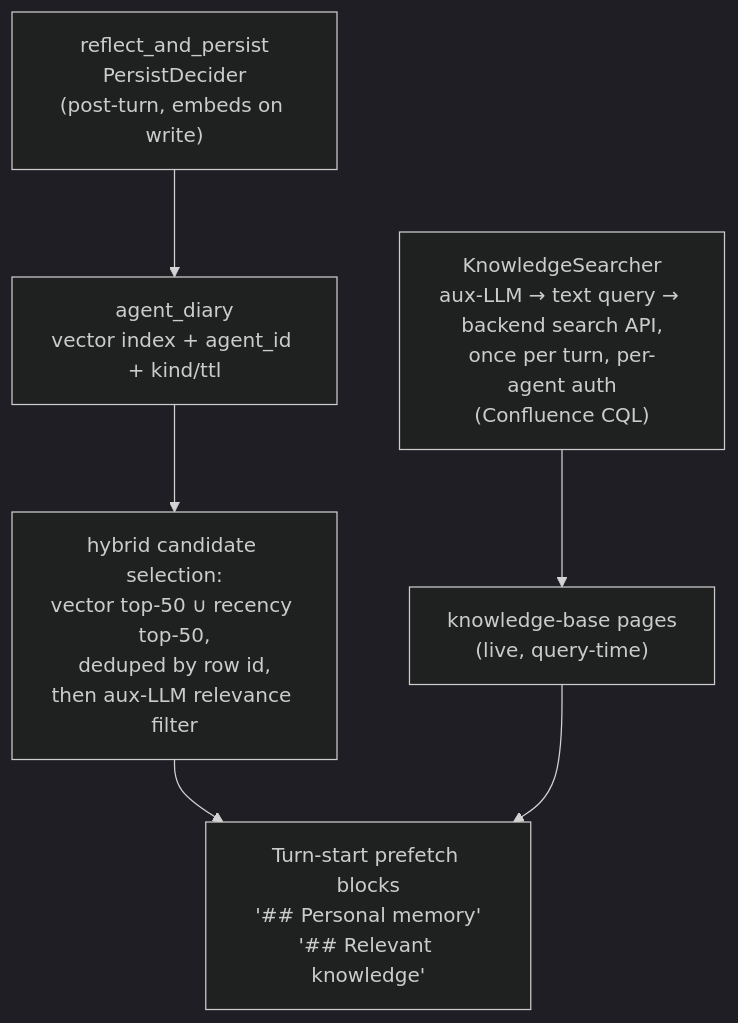
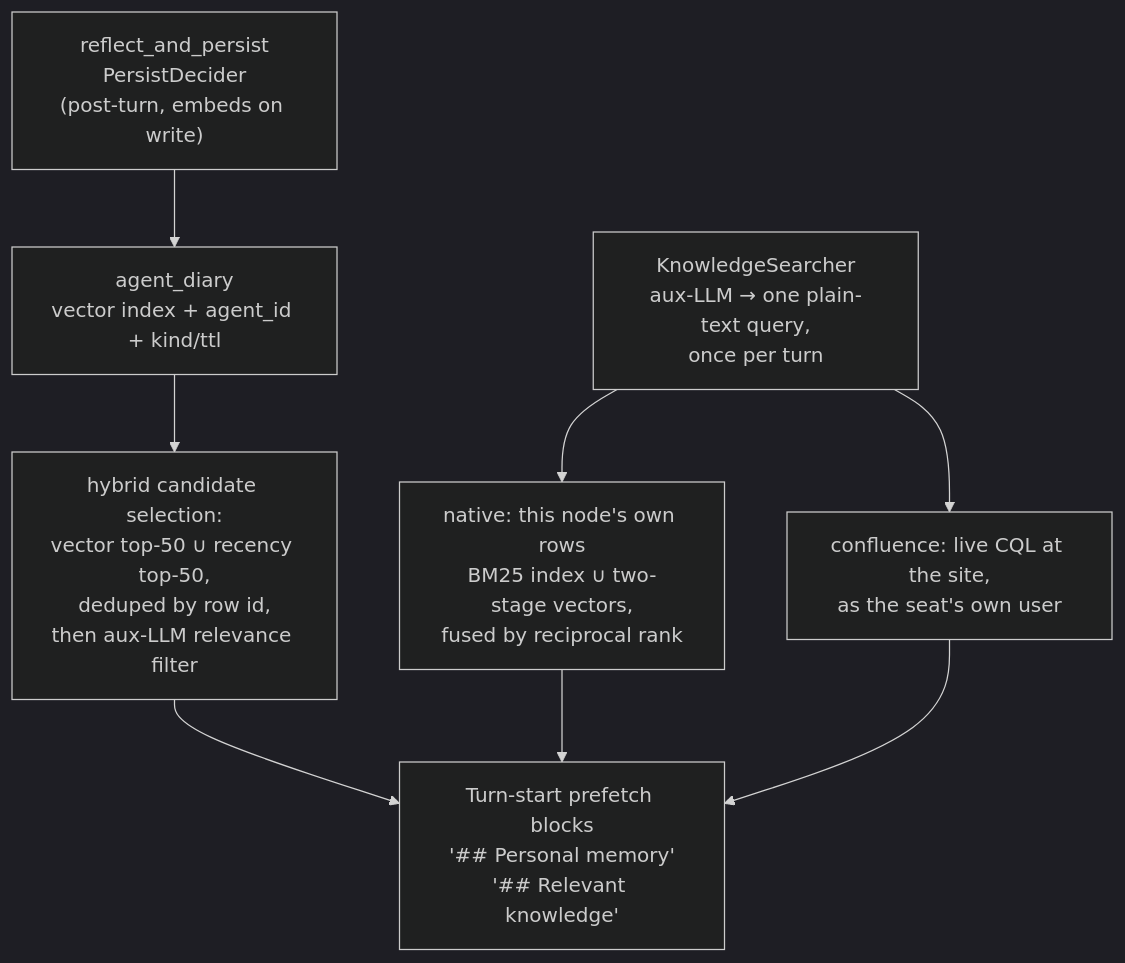
One commit to crewlet/crewlet changed the diagram in docs/concepts/knowledge-system.md. Above: the diagram before and after it, drawn with Mermaid (dark theme). The commit also changed other lines of this file and 10 other files, not shown here.

````diff
--- a/docs/concepts/knowledge-system.md
+++ b/docs/concepts/knowledge-system.md
@@ -205,11 +244,13 @@
 ```mermaid
 flowchart TD
     RP["reflect_and_persist<br/>PersistDecider<br/>(post-turn, embeds on write)"]
     DIARY["agent_diary<br/>vector index + agent_id + kind/ttl"]
     SEL["hybrid candidate selection:<br/>vector top-50 ∪ recency top-50,<br/>deduped by row id,<br/>then aux-LLM relevance filter"]
     PROMPT["Turn-start prefetch blocks<br/>'## Personal memory'<br/>'## Relevant knowledge'"]
-    KB["knowledge-base pages<br/>(live, query-time)"]
-    KS["KnowledgeSearcher<br/>aux-LLM → text query → backend search API,<br/>once per turn, per-agent auth<br/>(Confluence CQL)"]
+    KS["KnowledgeSearcher<br/>aux-LLM → one plain-text query,<br/>once per turn"]
+    NATIVE["native: this node's own rows<br/>BM25 index ∪ two-stage vectors,<br/>fused by reciprocal rank"]
+    CQL["confluence: live CQL at the site,<br/>as the seat's own user"]
     RP --> DIARY --> SEL --> PROMPT
-    KS --> KB --> PROMPT
+    KS --> NATIVE --> PROMPT
+    KS --> CQL --> PROMPT
 ```
````
